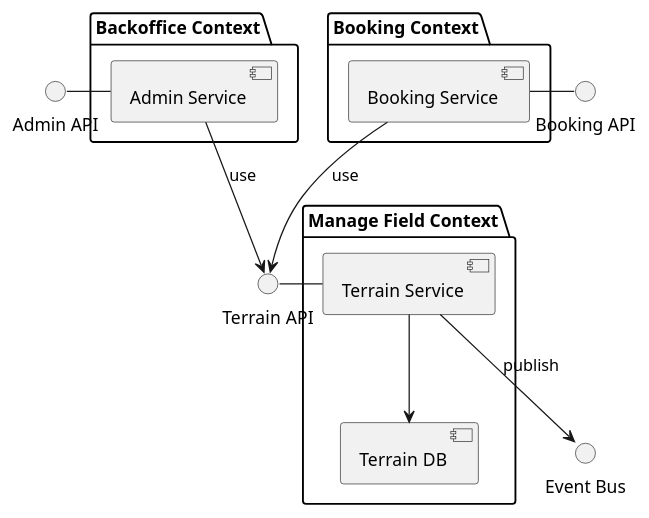
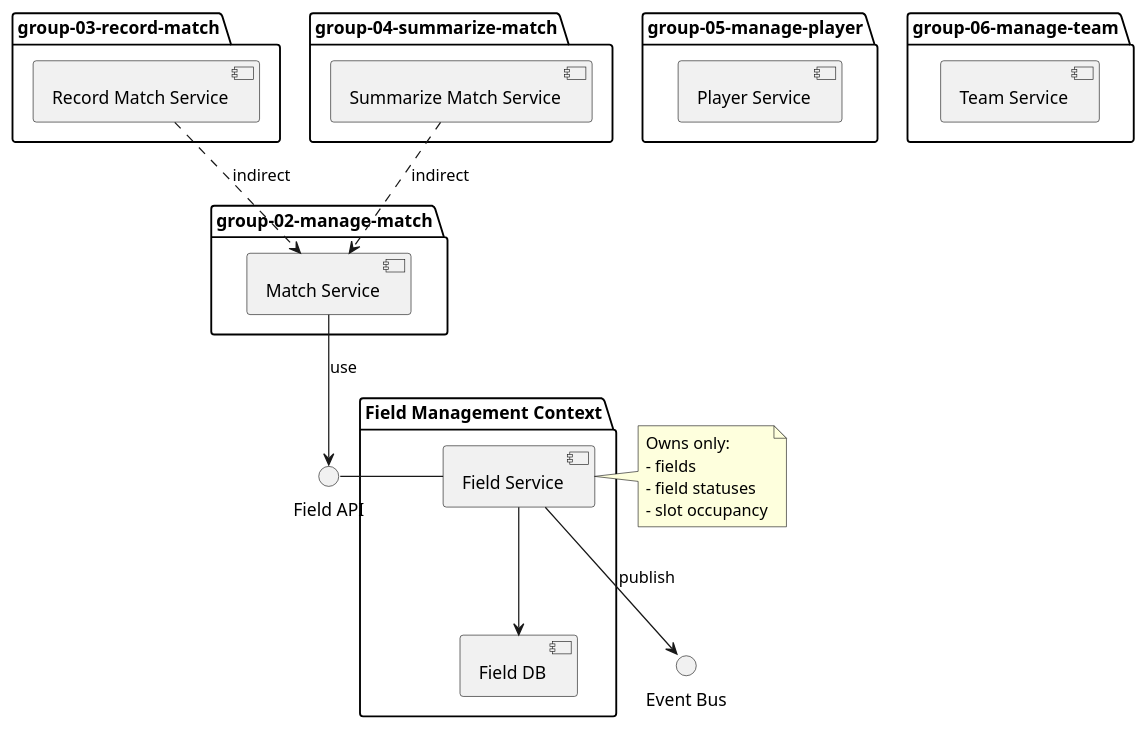
Before and after one commit to EFREI-BDX/tp-five-5: the diagram in repo-root/groups/group-01-manage-field/contexts-map.puml, drawn with PlantUML. The commit also changed 51 other files, not shown here.

```diff
--- a/repo-root/groups/group-01-manage-field/contexts-map.puml
+++ b/repo-root/groups/group-01-manage-field/contexts-map.puml
@@ -1,30 +1,46 @@
 @startuml
 
-package "Backoffice Context" {
-  [Admin Service]
+package "group-02-manage-match" {
+  [Match Service]
 }
-interface "Admin API" as AdminAPI
 
-package "Booking Context" {
-  [Booking Service]
+package "group-03-record-match" {
+  [Record Match Service]
 }
-interface "Booking API" as BookingAPI
 
-package "Manage Field Context" {
-  [Terrain Service]
-  [Terrain DB]
+package "group-04-summarize-match" {
+  [Summarize Match Service]
 }
-interface "Terrain API" as TerrainAPI
+
+package "group-05-manage-player" {
+  [Player Service]
+}
+
+package "group-06-manage-team" {
+  [Team Service]
+}
+
+package "Field Management Context" {
+  [Field Service]
+  [Field DB]
+}
+interface "Field API" as FieldAPI
 interface "Event Bus" as EventBus
 
-AdminAPI - [Admin Service]
-[Admin Service] --> TerrainAPI: use
+[Match Service] --> FieldAPI: use
 
-BookingAPI - [Booking Service]
-[Booking Service] --> TerrainAPI: use
+FieldAPI - [Field Service]
+[Field Service] --> [Field DB]
+[Field Service] --> EventBus: publish
 
-TerrainAPI - [Terrain Service]
-[Terrain Service] --> [Terrain DB]
-[Terrain Service] --> EventBus: publish
+[Record Match Service] ..> [Match Service]: indirect
+[Summarize Match Service] ..> [Match Service]: indirect
+
+note right of [Field Service]
+Owns only:
+- fields
+- field statuses
+- slot occupancy
+end note
 
 @enduml
```
